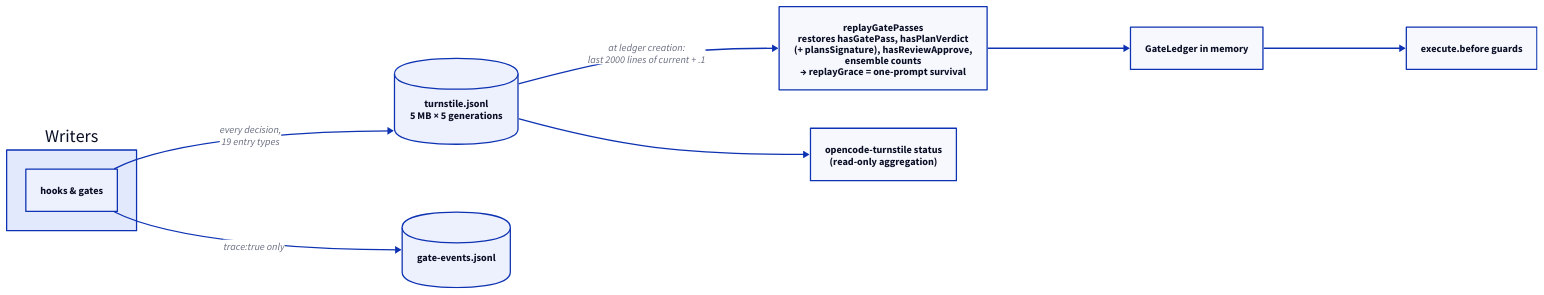
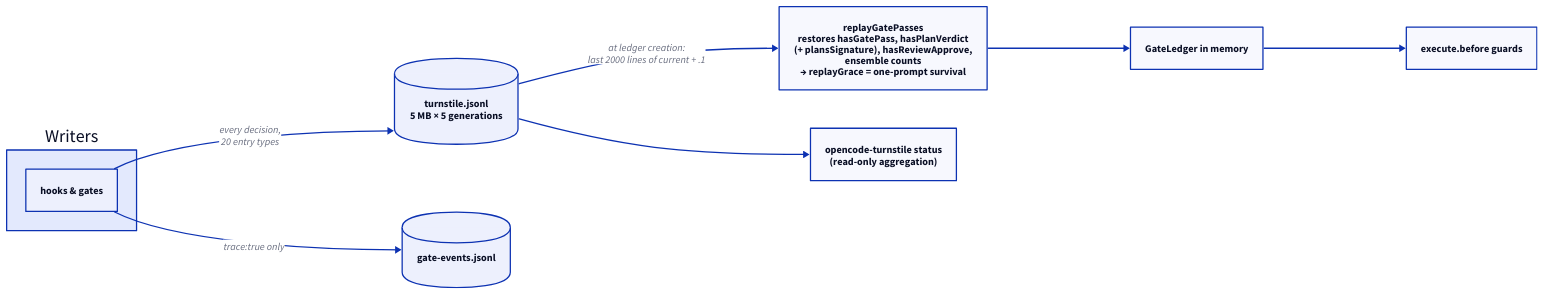
Before and after one commit to edseabolt/turnstile: the diagram in docs/diagrams/d05-persistence.d2, drawn with D2. The commit also changed 8 other files, not shown here.

```diff
--- a/docs/diagrams/d05-persistence.d2
+++ b/docs/diagrams/d05-persistence.d2
@@ -1,24 +1,24 @@
 direction: right
 
 writers: "Writers" {
   hooks: "hooks & gates"
 }
 
 jsonl: "turnstile.jsonl\n5 MB × 5 generations" {
   shape: cylinder
 }
 trace: "gate-events.jsonl" {
   shape: cylinder
 }
 
 replay: "replayGatePasses\nrestores hasGatePass, hasPlanVerdict\n(+ plansSignature), hasReviewApprove,\nensemble counts\n→ replayGrace = one-prompt survival"
 ledger: "GateLedger in memory"
 enforce: "execute.before guards"
 cli: "opencode-turnstile status\n(read-only aggregation)"
 
-writers.hooks -> jsonl: "every decision,\n19 entry types"
+writers.hooks -> jsonl: "every decision,\n20 entry types"
 writers.hooks -> trace: "trace:true only"
 jsonl -> replay: "at ledger creation:\nlast 2000 lines of current + .1"
 replay -> ledger
 ledger -> enforce
 jsonl -> cli
```
